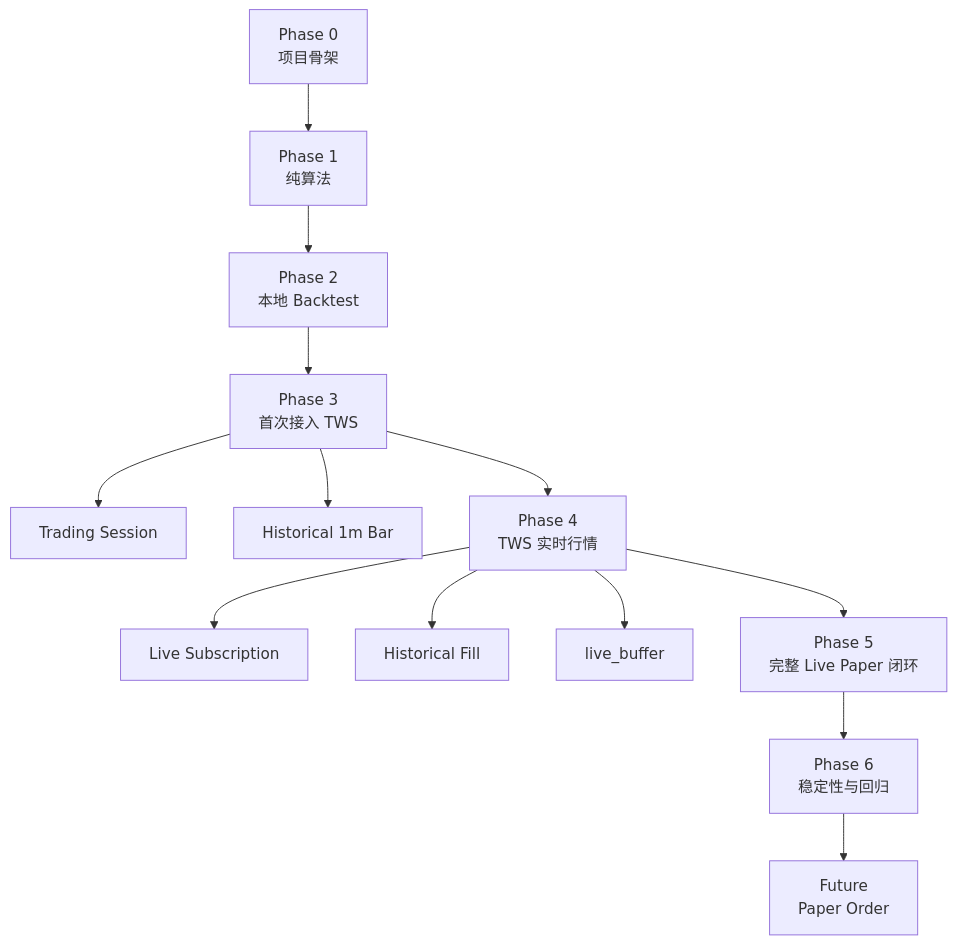
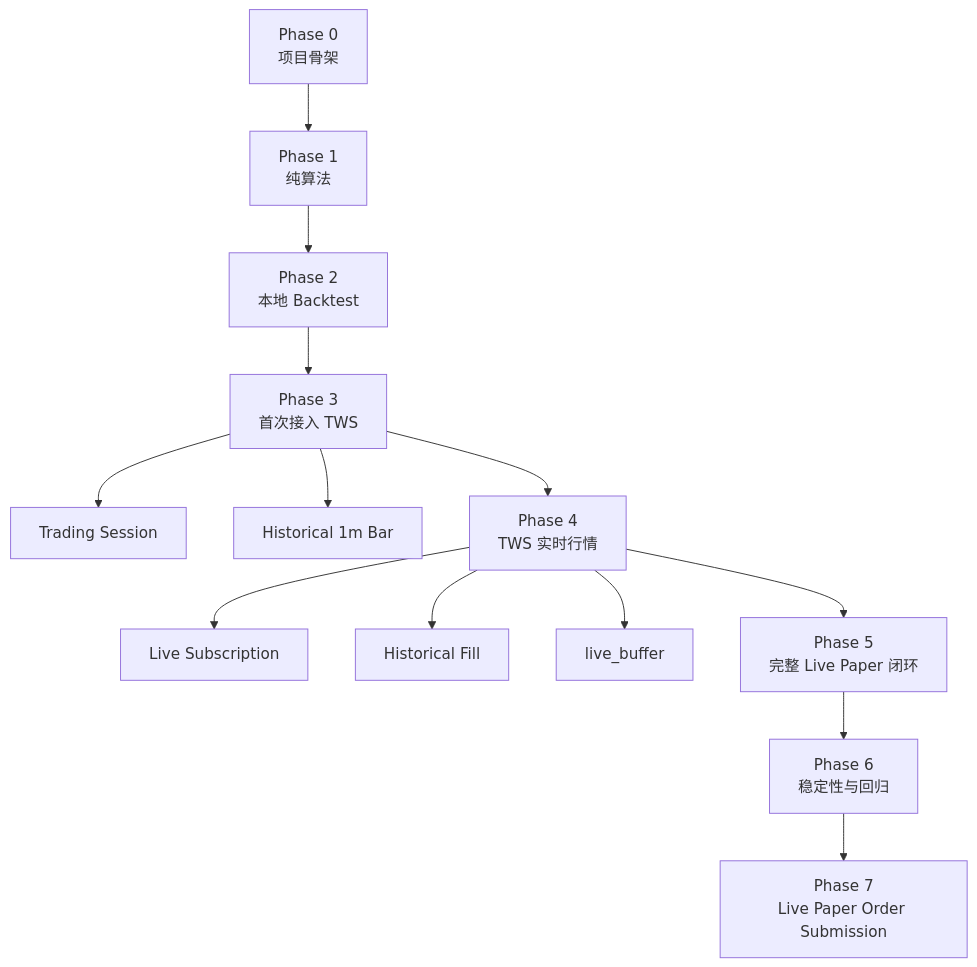
Before and after one commit to yulan307/intraday-channel-engine: the diagram in docs/ibapi_single_day_test_phase_plan.md, drawn with Mermaid. The commit also changed other lines of this file and 25 other files, not shown here.

Commit message:
Implement Phase 7 live paper order submission

````diff
--- a/docs/ibapi_single_day_test_phase_plan.md
+++ b/docs/ibapi_single_day_test_phase_plan.md
@@ -1136,19 +1186,19 @@
 ```mermaid
 flowchart TD
     A["Phase 0<br/>项目骨架"] --> B["Phase 1<br/>纯算法"]
     B --> C["Phase 2<br/>本地 Backtest"]
 
     C --> D["Phase 3<br/>首次接入 TWS"]
     D --> D1["Trading Session"]
     D --> D2["Historical 1m Bar"]
 
     D --> E["Phase 4<br/>TWS 实时行情"]
     E --> E1["Live Subscription"]
     E --> E2["Historical Fill"]
     E --> E3["live_buffer"]
 
     E --> F["Phase 5<br/>完整 Live Paper 闭环"]
     F --> G["Phase 6<br/>稳定性与回归"]
 
-    G --> H["Future<br/>Paper Order"]
+    G --> H["Phase 7<br/>Live Paper Order Submission"]
 ```
````
